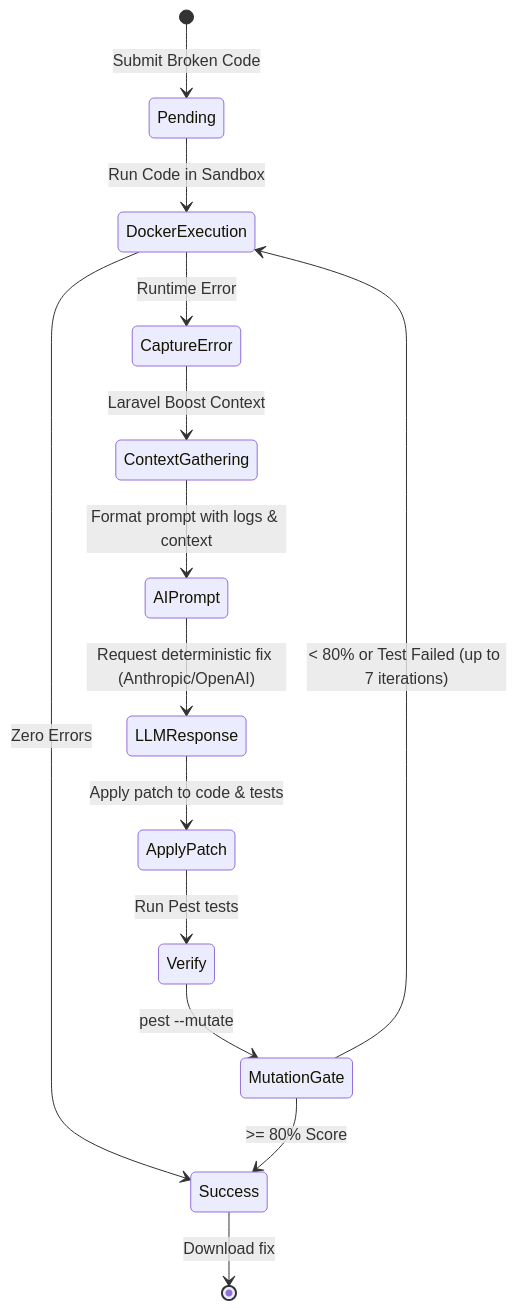
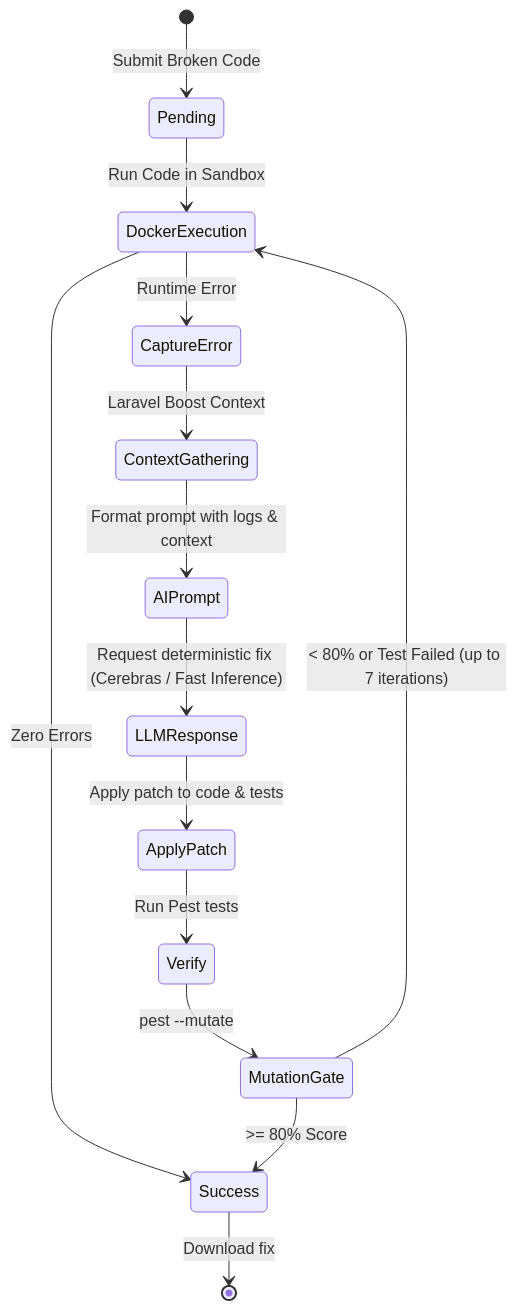
Before and after one commit to Joe-encodes/laravibe: the second of 2 diagrams in PROJECT_MANUAL.md, drawn with Mermaid. The commit also changed other lines of this file and 5 other files, not shown here.

````diff
--- a/PROJECT_MANUAL.md
+++ b/PROJECT_MANUAL.md
@@ -45,21 +45,21 @@
 ```mermaid
 stateDiagram-v2
     [*] --> Pending : Submit Broken Code
     Pending --> DockerExecution : Run Code in Sandbox
     
     DockerExecution --> Success : Zero Errors
     DockerExecution --> CaptureError : Runtime Error
     
     CaptureError --> ContextGathering : Laravel Boost Context
     ContextGathering --> AIPrompt : Format prompt with logs & context
-    AIPrompt --> LLMResponse : Request deterministic fix (Anthropic/OpenAI)
+    AIPrompt --> LLMResponse : Request deterministic fix (Cerebras / Fast Inference)
     
     LLMResponse --> ApplyPatch : Apply patch to code & tests
     ApplyPatch --> Verify : Run Pest tests
     Verify --> MutationGate : pest --mutate
     
     MutationGate --> Success : >= 80% Score
     MutationGate --> DockerExecution : < 80% or Test Failed (up to 7 iterations)
     
     Success --> [*] : Download fix
 ```
````
